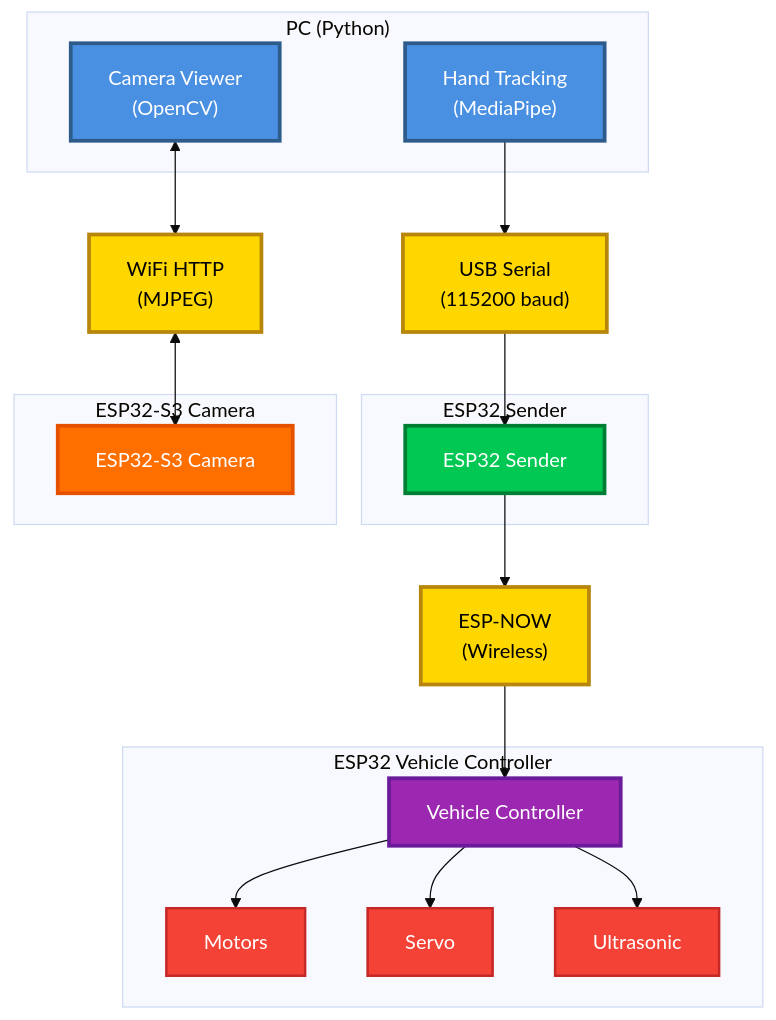
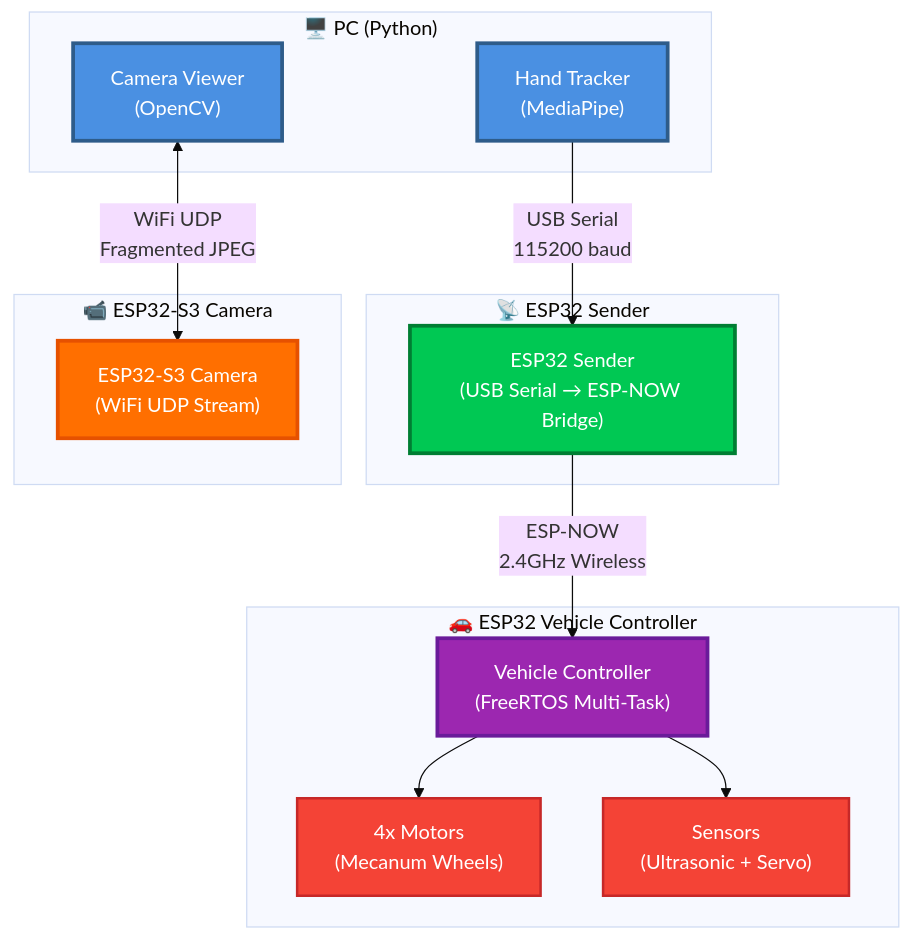
The first of 4 diagrams in README.md (Yaniv23/final-project-gesture-car), drawn with Mermaid (base theme) before and after one commit. The commit also changed other lines of this file and 18 other files, not shown here.

````diff
--- a/README.md
+++ b/README.md
@@ -16,50 +50,39 @@
 ```mermaid
 graph TB
-    subgraph PC["PC (Python)"]
-        HandTracker["Hand Tracking<br/>(MediaPipe)"]
+    subgraph PC["🖥️ PC (Python)"]
+        HandTracker["Hand Tracker<br/>(MediaPipe)"]
         CameraViewer["Camera Viewer<br/>(OpenCV)"]
     end
     
-    subgraph ESP32Sender["ESP32 Sender"]
-        Sender["ESP32 Sender"]
+    subgraph ESP32Sender["📡 ESP32 Sender"]
+        Sender["ESP32 Sender<br/>(USB Serial → ESP-NOW Bridge)"]
     end
     
-    subgraph ESP32Camera["ESP32-S3 Camera"]
-        Camera["ESP32-S3 Camera"]
+    subgraph ESP32Camera["📹 ESP32-S3 Camera"]
+        Camera["ESP32-S3 Camera<br/>(WiFi UDP Stream)"]
     end
     
-    subgraph Vehicle["ESP32 Vehicle Controller"]
-        Controller["Vehicle Controller"]
-        Motors["Motors"]
-        Servo["Servo"]
-        Ultrasonic["Ultrasonic"]
+    subgraph Vehicle["🚗 ESP32 Vehicle Controller"]
+        Controller["Vehicle Controller<br/>(FreeRTOS Multi-Task)"]
+        Motors["4x Motors<br/>(Mecanum Wheels)"]
+        Sensors["Sensors<br/>(Ultrasonic + Servo)"]
     end
     
-    USBProtocol["USB Serial<br/>(115200 baud)"]
-    WiFiProtocol["WiFi HTTP<br/>(MJPEG)"]
-    ESPNOWProtocol["ESP-NOW<br/>(Wireless)"]
+    HandTracker -->|USB Serial<br/>115200 baud| Sender
+    Sender -->|ESP-NOW<br/>2.4GHz Wireless| Controller
+    CameraViewer <-->|WiFi UDP<br/>Fragmented JPEG| Camera
+    Controller --> Motors
+    Controller --> Sensors
     
-    HandTracker --> USBProtocol
-    USBProtocol --> Sender
-    CameraViewer <--> WiFiProtocol
-    WiFiProtocol <--> Camera
-    Sender --> ESPNOWProtocol
-    ESPNOWProtocol --> Controller
-    Controller --> Motors
-    Controller --> Servo
-    Controller --> Ultrasonic
-
     classDef pcStyle fill:#4A90E2,stroke:#2E5C8A,stroke-width:3px,color:#fff
     classDef esp32Style fill:#00C853,stroke:#007E33,stroke-width:3px,color:#fff
     classDef cameraStyle fill:#FF6F00,stroke:#E65100,stroke-width:3px,color:#fff
     classDef vehicleStyle fill:#9C27B0,stroke:#6A1B9A,stroke-width:3px,color:#fff
     classDef hardwareStyle fill:#F44336,stroke:#C62828,stroke-width:2px,color:#fff
-    classDef commStyle fill:#FFD700,stroke:#B8860B,stroke-width:3px,color:#000
     
     class HandTracker,CameraViewer pcStyle
     class Sender esp32Style
     class Camera cameraStyle
     class Controller vehicleStyle
-    class Motors,Servo,Ultrasonic hardwareStyle
-    class USBProtocol,WiFiProtocol,ESPNOWProtocol commStyle
+    class Motors,Sensors hardwareStyle
 ```
````
